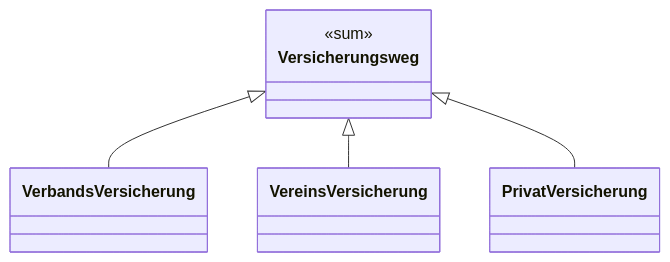
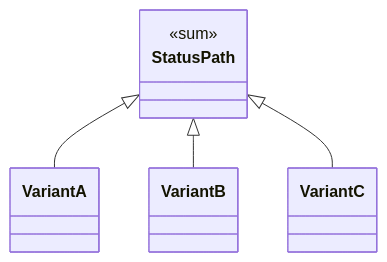
Before and after one commit to arc42/eTSU: the diagram in _system/adr/0019-data-model-product-and-sum-types.md, drawn with Mermaid. The commit also changed other lines of this file and 22 other files, not shown here.

````diff
--- a/_system/adr/0019-data-model-product-and-sum-types.md
+++ b/_system/adr/0019-data-model-product-and-sum-types.md
@@ -87,9 +87,9 @@
 ```mermaid
 classDiagram
-    class Versicherungsweg {
+    class StatusPath {
         <<sum>>
     }
-    Versicherungsweg <|-- VerbandsVersicherung
-    Versicherungsweg <|-- VereinsVersicherung
-    Versicherungsweg <|-- PrivatVersicherung
+    StatusPath <|-- VariantA
+    StatusPath <|-- VariantB
+    StatusPath <|-- VariantC
 ```
````
